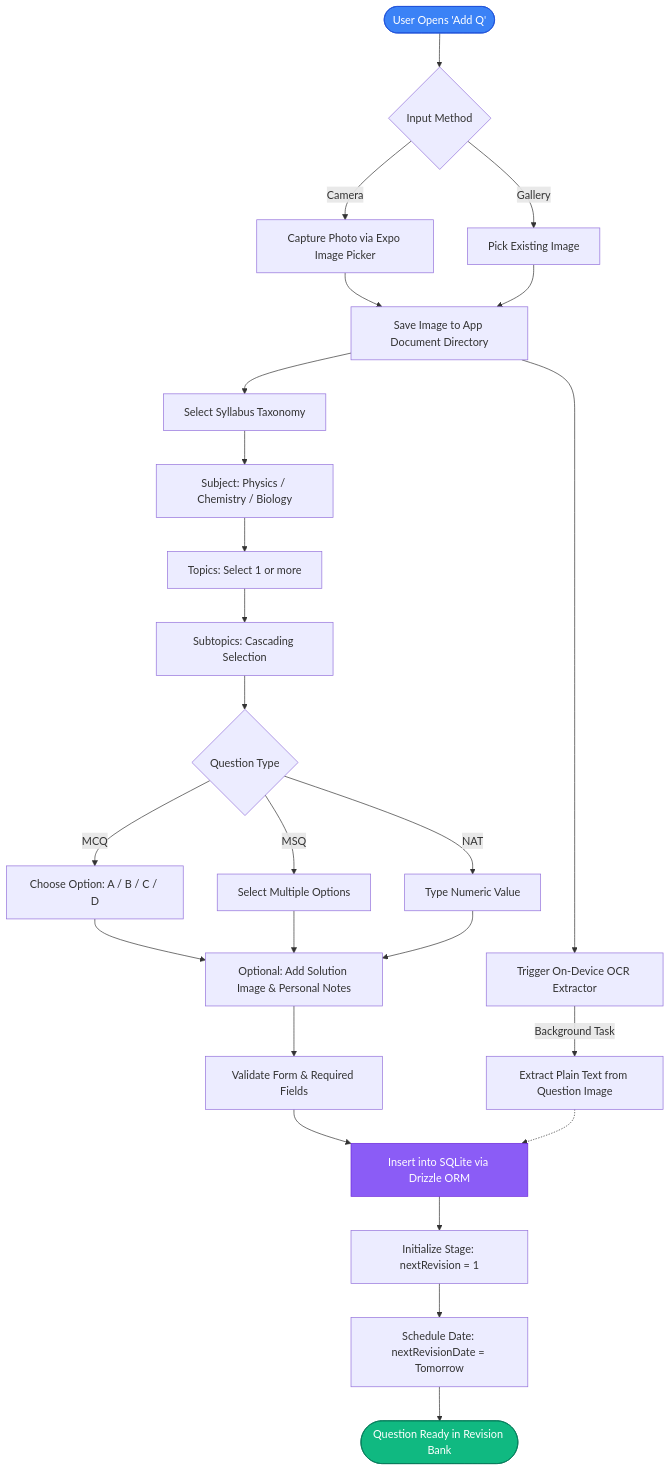
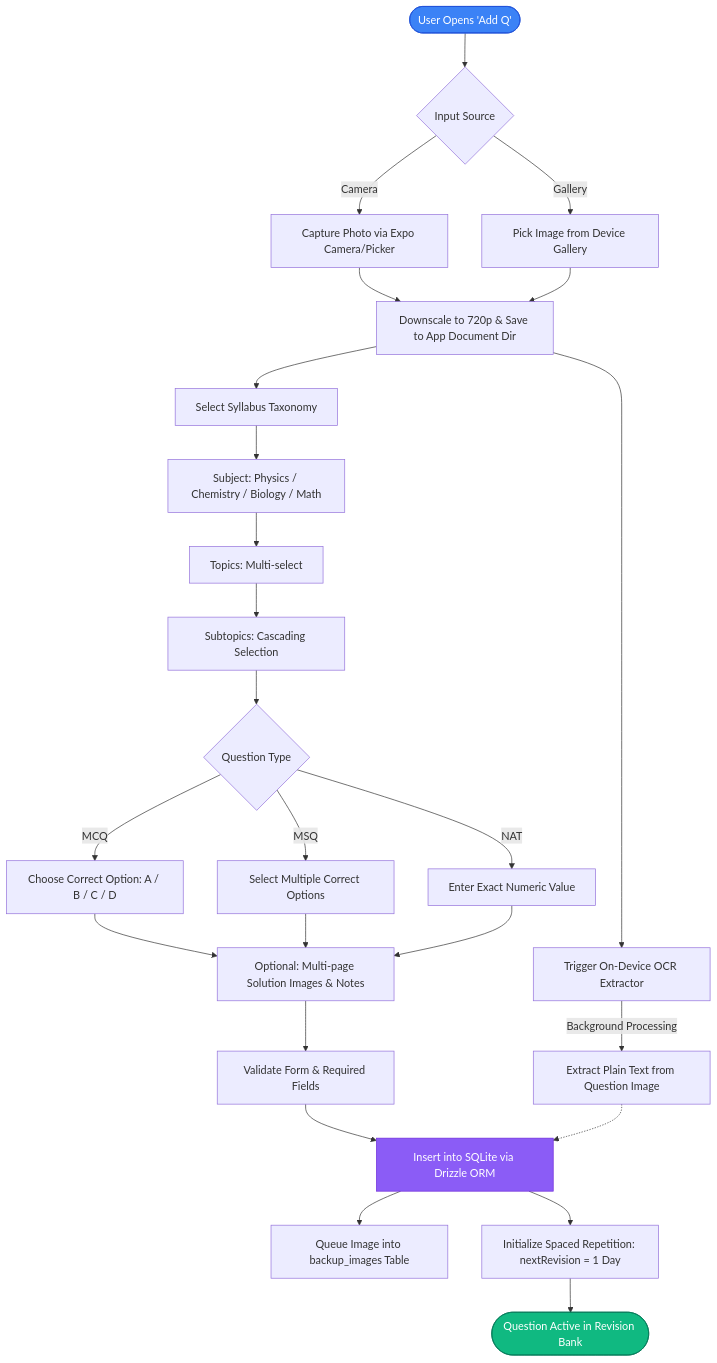
One commit to Ayandi999/revision-app changed the first of 3 diagrams in README.md. Above: the diagram before and after it, drawn with Mermaid. The commit also changed other lines of this file, not shown here.

Commit message:
docs: update README with latest project features, architecture, and OTA details

````diff
--- a/README.md
+++ b/README.md
@@ -47,38 +73,38 @@
 ```mermaid
 flowchart TD
-    A([User Opens 'Add Q']) --> B{Input Method}
-    B -->|Camera| C[Capture Photo via Expo Image Picker]
-    B -->|Gallery| D[Pick Existing Image]
+    A([User Opens 'Add Q']) --> B{Input Source}
+    B -->|Camera| C[Capture Photo via Expo Camera/Picker]
+    B -->|Gallery| D[Pick Image from Device Gallery]
     
-    C --> E[Save Image to App Document Directory]
+    C --> E[Downscale to 720p & Save to App Document Dir]
     D --> E
     
     E --> F[Trigger On-Device OCR Extractor]
-    F -->|Background Task| G[Extract Plain Text from Question Image]
+    F -->|Background Processing| G[Extract Plain Text from Question Image]
     
     E --> H[Select Syllabus Taxonomy]
-    H --> H1[Subject: Physics / Chemistry / Biology]
-    H1 --> H2[Topics: Select 1 or more]
+    H --> H1[Subject: Physics / Chemistry / Biology / Math]
+    H1 --> H2[Topics: Multi-select]
     H2 --> H3[Subtopics: Cascading Selection]
     
     H3 --> I{Question Type}
-    I -->|MCQ| J1[Choose Option: A / B / C / D]
-    I -->|MSQ| J2[Select Multiple Options]
-    I -->|NAT| J3[Type Numeric Value]
+    I -->|MCQ| J1[Choose Correct Option: A / B / C / D]
+    I -->|MSQ| J2[Select Multiple Correct Options]
+    I -->|NAT| J3[Enter Exact Numeric Value]
     
-    J1 --> K[Optional: Add Solution Image & Personal Notes]
+    J1 --> K[Optional: Multi-page Solution Images & Notes]
     J2 --> K
     J3 --> K
     
     K --> L[Validate Form & Required Fields]
     L --> M[Insert into SQLite via Drizzle ORM]
     G -.-> M
     
-    M --> N[Initialize Stage: nextRevision = 1]
-    N --> O[Schedule Date: nextRevisionDate = Tomorrow]
-    O --> P([Question Ready in Revision Bank])
+    M --> N[Queue Image into backup_images Table]
+    M --> O[Initialize Spaced Repetition: nextRevision = 1 Day]
+    O --> P([Question Active in Revision Bank])
 
     style A fill:#3b82f6,stroke:#1d4ed8,color:#fff
     style P fill:#10b981,stroke:#047857,color:#fff
     style M fill:#8b5cf6,stroke:#6d28d9,color:#fff
 ```
````
